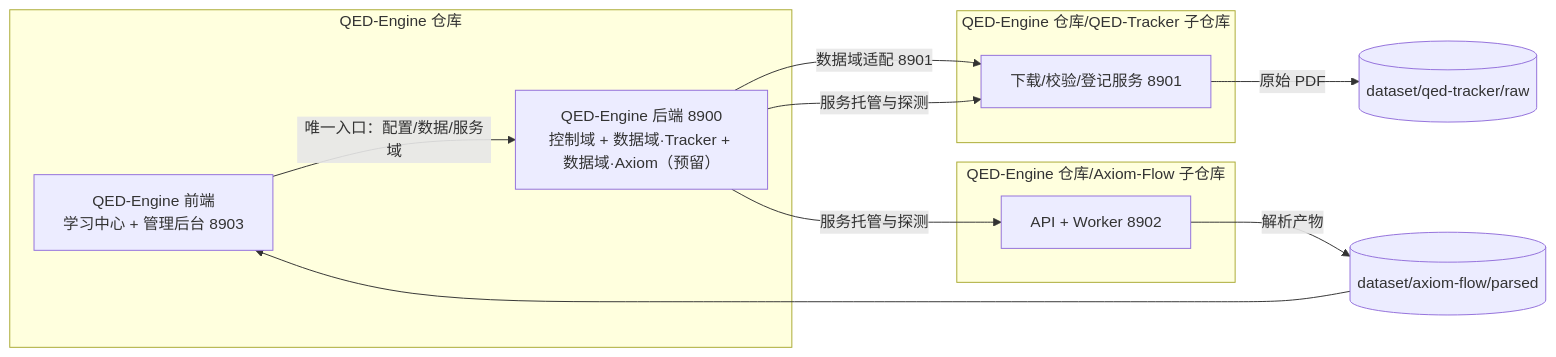
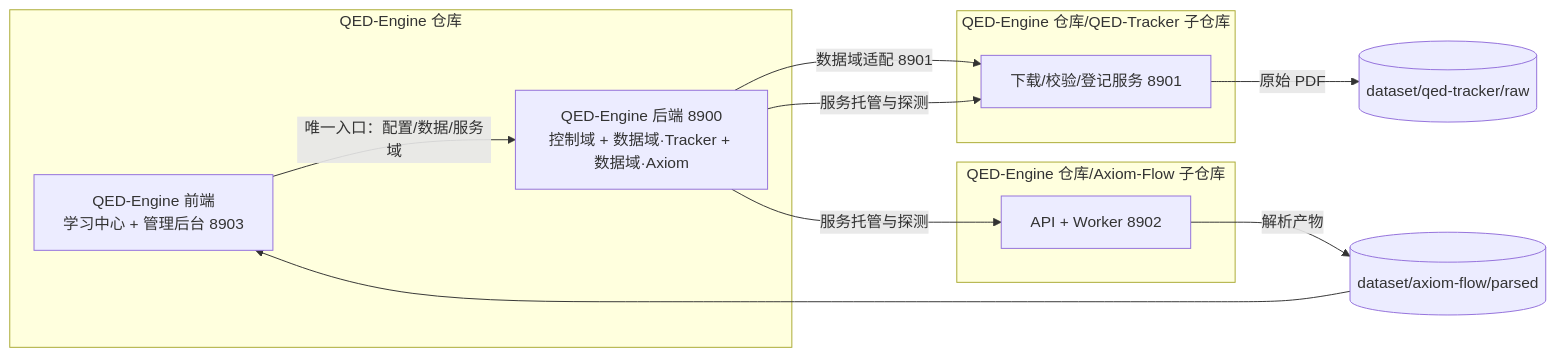
One commit to swfswf1234/QED-Engine changed the diagram in docs/architecture/four-service-architecture.md. Above: the diagram before and after it, drawn with Mermaid. The commit also changed other lines of this file and 126 other files, not shown here.

````diff
--- a/docs/architecture/four-service-architecture.md
+++ b/docs/architecture/four-service-architecture.md
@@ -14,21 +16,21 @@
 ```mermaid
 flowchart LR
     subgraph Root[QED-Engine 仓库]
         FE[QED-Engine 前端<br/>学习中心 + 管理后台 8903]
-        CC[QED-Engine 后端 8900<br/>控制域 + 数据域·Tracker + 数据域·Axiom（预留）]
+        CC[QED-Engine 后端 8900<br/>控制域 + 数据域·Tracker + 数据域·Axiom]
     end
     subgraph AF[QED-Engine 仓库/Axiom-Flow 子仓库]
         A[API + Worker 8902]
     end
     subgraph TR[QED-Engine 仓库/QED-Tracker 子仓库]
         T[下载/校验/登记服务 8901]
     end
 
     FE -->|唯一入口：配置/数据/服务域| CC
     CC -->|数据域适配 8901| T
     CC -->|服务托管与探测| T
     CC -->|服务托管与探测| A
     T -->|原始 PDF| R[(dataset/qed-tracker/raw)]
     A -->|解析产物| P[(dataset/axiom-flow/parsed)]
     P --> FE
 ```
````
